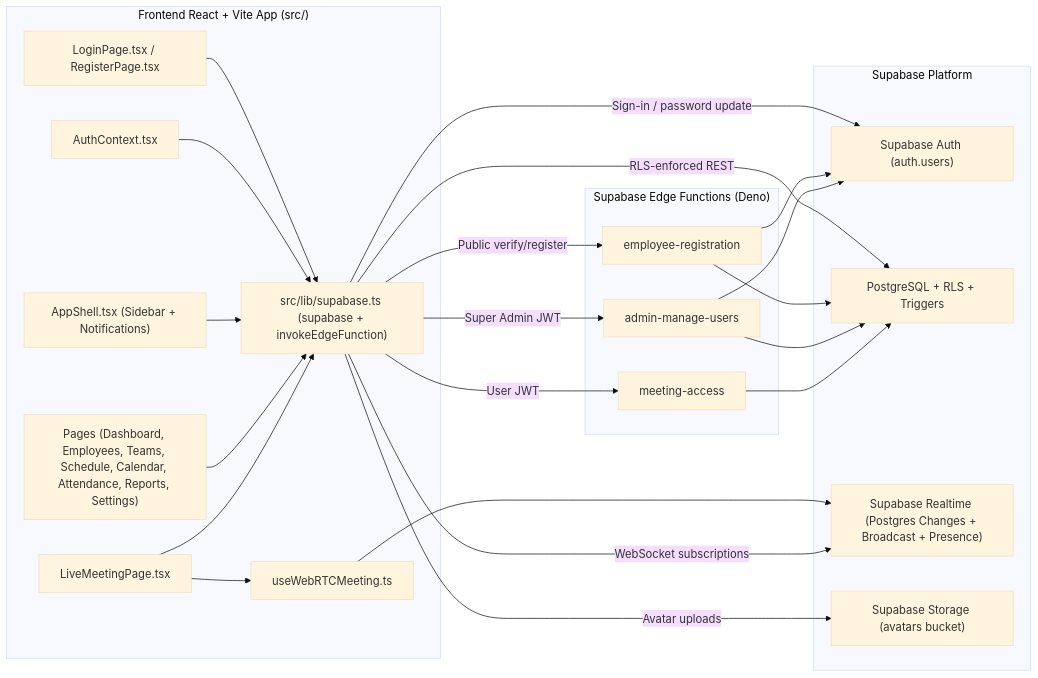
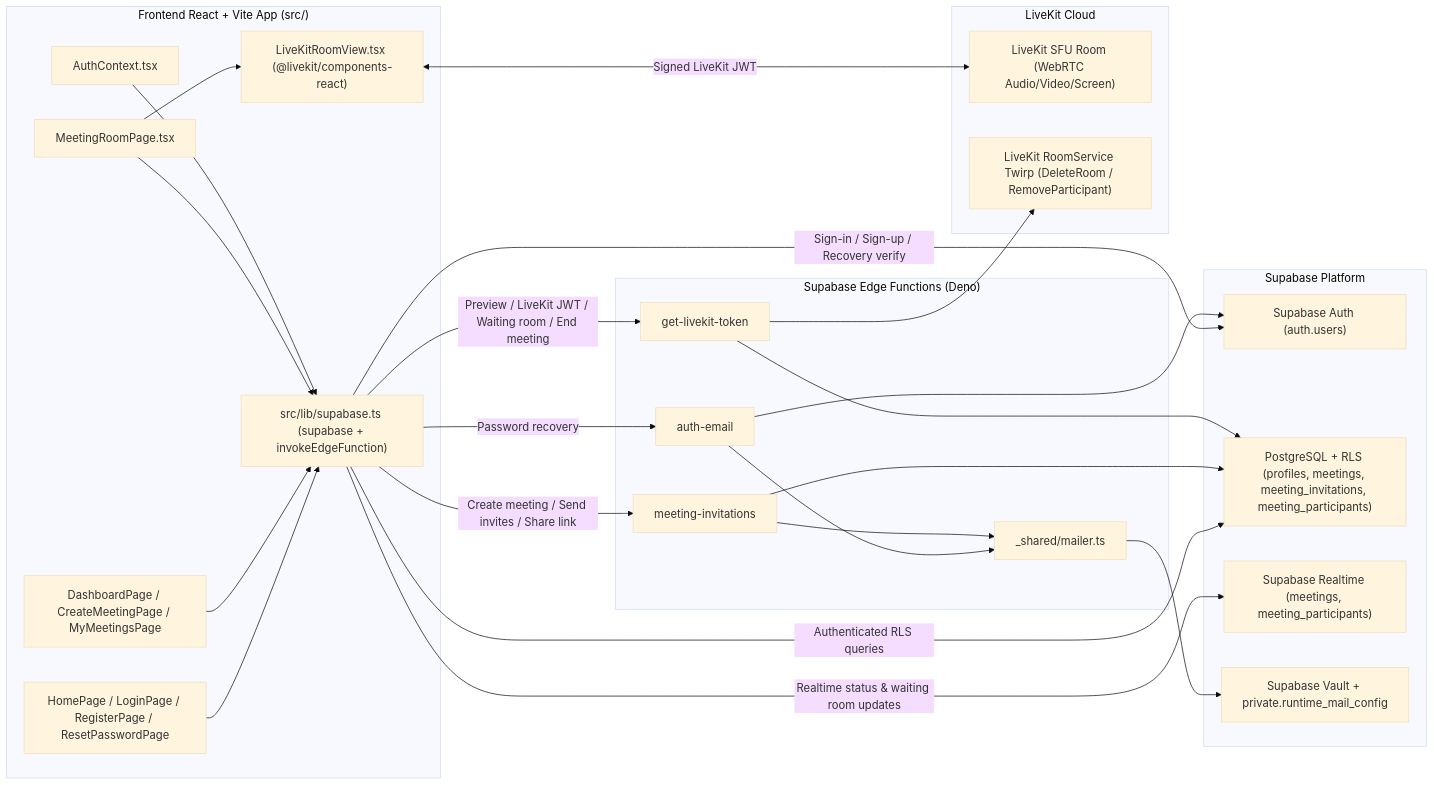
One commit to dee89294/VarTa changed the diagram in FILE_CONNECTIONS.md. Above: the diagram before and after it, drawn with Mermaid (base theme). The commit also changed other lines of this file and 14 other files, not shown here.

````diff
--- a/FILE_CONNECTIONS.md
+++ b/FILE_CONNECTIONS.md
@@ -9,47 +9,52 @@
 ```mermaid
 flowchart LR
   subgraph Browser["Frontend React + Vite App (src/)"]
-    Login["LoginPage.tsx / RegisterPage.tsx"]
-    Shell["AppShell.tsx (Sidebar + Notifications)"]
-    Auth["AuthContext.tsx"]
-    Pages["Pages (Dashboard, Employees, Teams, Schedule, Calendar, Attendance, Reports, Settings)"]
-    Live["LiveMeetingPage.tsx"]
-    RTC["useWebRTCMeeting.ts"]
+    Home["HomePage / LoginPage / RegisterPage / ResetPasswordPage"]
+    Dash["DashboardPage / CreateMeetingPage / MyMeetingsPage"]
+    Room["MeetingRoomPage.tsx"]
+    LKView["LiveKitRoomView.tsx (@livekit/components-react)"]
+    AuthCtx["AuthContext.tsx"]
     SupaClient["src/lib/supabase.ts (supabase + invokeEdgeFunction)"]
   end
 
   subgraph Edge["Supabase Edge Functions (Deno)"]
-    RegFn["employee-registration"]
-    AdminFn["admin-manage-users"]
-    MeetFn["meeting-access"]
+    AuthFn["auth-email"]
+    InvFn["meeting-invitations"]
+    TokenFn["get-livekit-token"]
+    Mailer["_shared/mailer.ts"]
   end
 
   subgraph Supabase["Supabase Platform"]
     GoTrue["Supabase Auth (auth.users)"]
-    PG["PostgreSQL + RLS + Triggers"]
-    RT["Supabase Realtime (Postgres Changes + Broadcast + Presence)"]
-    Store["Supabase Storage (avatars bucket)"]
+    PG["PostgreSQL + RLS (profiles, meetings, meeting_invitations, meeting_participants)"]
+    RT["Supabase Realtime (meetings, meeting_participants)"]
+    Vault["Supabase Vault + private.runtime_mail_config"]
   end
 
-  Login --> SupaClient
-  Auth --> SupaClient
-  Shell --> SupaClient
-  Pages --> SupaClient
-  Live --> RTC
-  Live --> SupaClient
-  RTC --> RT
+  subgraph LiveKit["LiveKit Cloud"]
+    LKRoom["LiveKit SFU Room (WebRTC Audio/Video/Screen)"]
+    LKApi["LiveKit RoomService Twirp (DeleteRoom / RemoveParticipant)"]
+  end
 
-  SupaClient -->|Public verify/register| RegFn
-  SupaClient -->|Super Admin JWT| AdminFn
-  SupaClient -->|User JWT| MeetFn
-  SupaClient -->|RLS-enforced REST| PG
-  SupaClient -->|WebSocket subscriptions| RT
-  SupaClient -->|Avatar uploads| Store
-  SupaClient -->|Sign-in / password update| GoTrue
+  Home --> SupaClient
+  Dash --> SupaClient
+  Room --> SupaClient
+  AuthCtx --> SupaClient
+  Room --> LKView
 
-  RegFn --> GoTrue
-  RegFn --> PG
-  AdminFn --> GoTrue
-  AdminFn --> PG
-  MeetFn --> PG
+  SupaClient -->|Password recovery| AuthFn
+  SupaClient -->|Create meeting / Send invites / Share link| InvFn
+  SupaClient -->|Preview / LiveKit JWT / Waiting room / End meeting| TokenFn
+  SupaClient -->|Authenticated RLS queries| PG
+  SupaClient -->|Realtime status & waiting room updates| RT
+  SupaClient -->|Sign-in / Sign-up / Recovery verify| GoTrue
+
+  AuthFn --> Mailer
+  InvFn --> Mailer
+  Mailer --> Vault
+  AuthFn --> GoTrue
+  InvFn --> PG
+  TokenFn --> PG
+  TokenFn --> LKApi
+  LKView <-->|Signed LiveKit JWT| LKRoom
 ```
````
